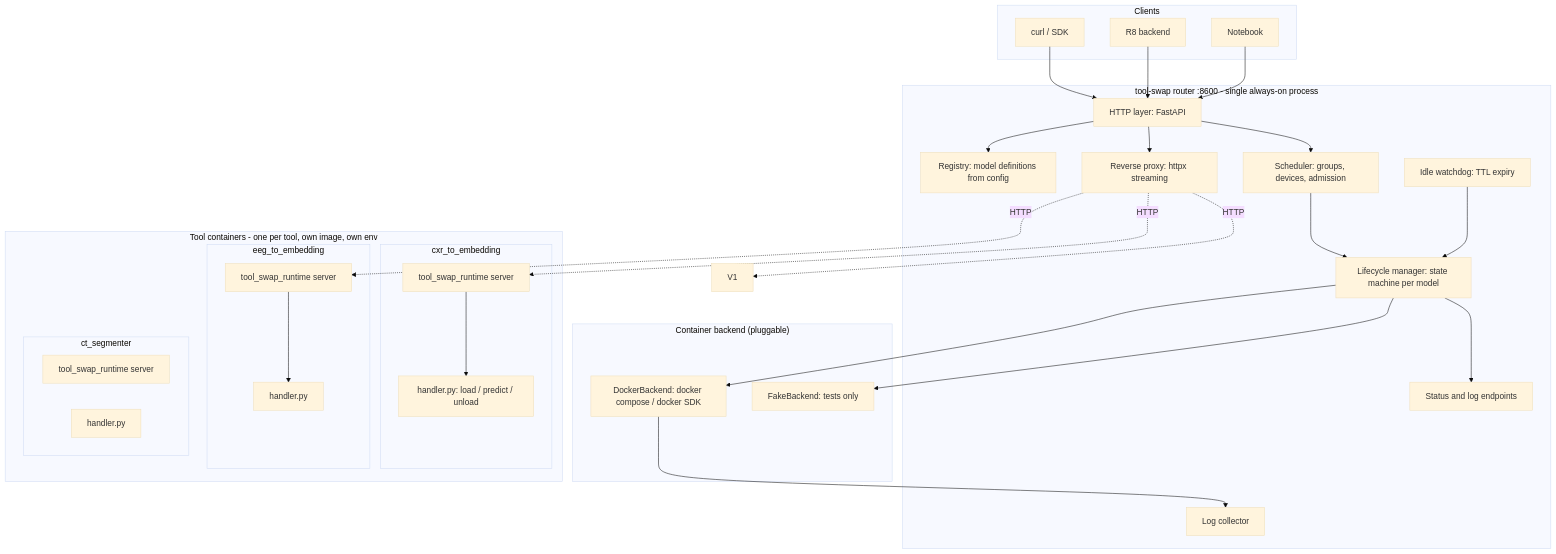
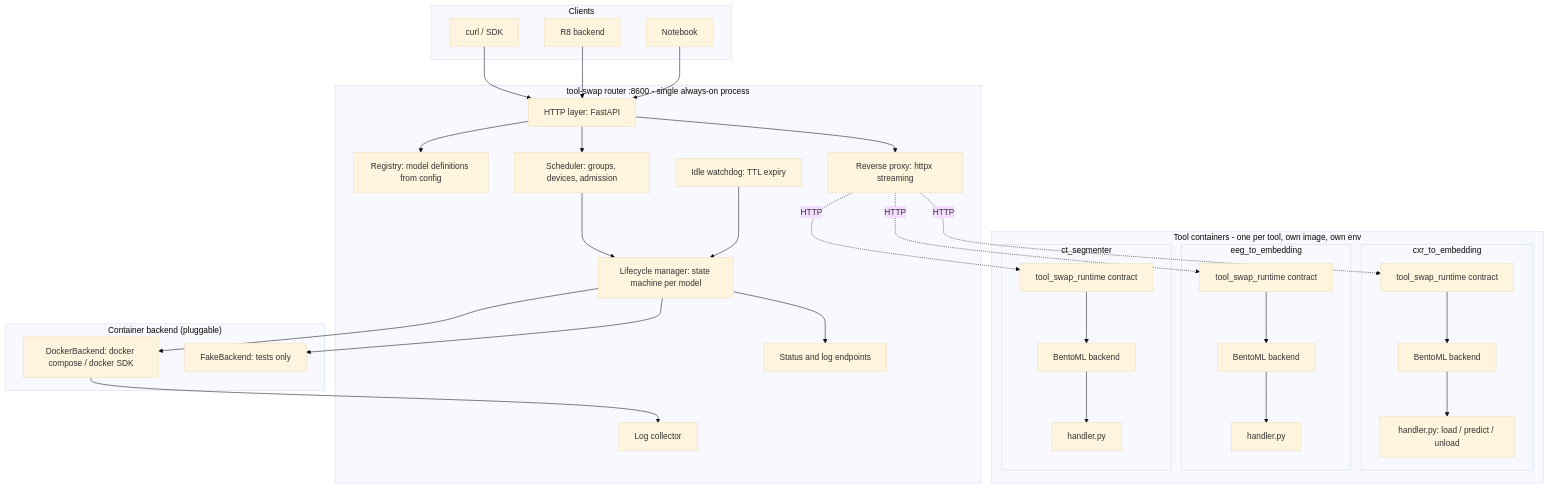
The second of 6 diagrams in plan/01_ARCHITECTURE.md (iar3-r8/tool-swap), drawn with Mermaid (base theme) before and after one commit. The commit also changed other lines of this file and 34 other files, not shown here.

````diff
--- a/plan/01_ARCHITECTURE.md
+++ b/plan/01_ARCHITECTURE.md
@@ -15,57 +79,64 @@
 ```mermaid
 graph TB
     subgraph Clients
         C1[curl / SDK]
         C2[R8 backend]
         C3[Notebook]
     end
 
     subgraph Router["tool-swap router :8600 - single always-on process"]
         HTTP[HTTP layer: FastAPI]
         REG[Registry: model definitions from config]
         SCHED[Scheduler: groups, devices, admission]
         LIFE[Lifecycle manager: state machine per model]
         PROXY[Reverse proxy: httpx streaming]
         WATCH[Idle watchdog: TTL expiry]
         STATUS[Status and log endpoints]
         LOGS[Log collector]
     end
 
     subgraph Backend["Container backend (pluggable)"]
         DOCKER[DockerBackend: docker compose / docker SDK]
         FAKE[FakeBackend: tests only]
     end
 
     subgraph Containers["Tool containers - one per tool, own image, own env"]
         subgraph MC1["cxr_to_embedding"]
-            RT1[tool_swap_runtime server]
+            RT1[tool_swap_runtime contract]
+            BE1[BentoML backend]
             H1[handler.py: load / predict / unload]
         end
         subgraph MC2["eeg_to_embedding"]
-            RT2[tool_swap_runtime server]
+            RT2[tool_swap_runtime contract]
+            BE2[BentoML backend]
             H2[handler.py]
         end
         subgraph MC3["ct_segmenter"]
-            RT3[tool_swap_runtime server]
+            RT3[tool_swap_runtime contract]
+            BE3[BentoML backend]
             H3[handler.py]
         end
     end
 
     C1 --> HTTP
     C2 --> HTTP
     C3 --> HTTP
     HTTP --> REG
     HTTP --> SCHED
     SCHED --> LIFE
     LIFE --> DOCKER
     LIFE --> FAKE
     HTTP --> PROXY
     WATCH --> LIFE
     LIFE --> STATUS
     DOCKER --> LOGS
     PROXY -.HTTP.-> RT1
     PROXY -.HTTP.-> RT2
-    PROXY -.HTTP.-> V1
-    RT1 --> H1
-    RT2 --> H2
+    PROXY -.HTTP.-> RT3
+    RT1 --> BE1
+    RT2 --> BE2
+    RT3 --> BE3
+    BE1 --> H1
+    BE2 --> H2
+    BE3 --> H3
 ```
````
